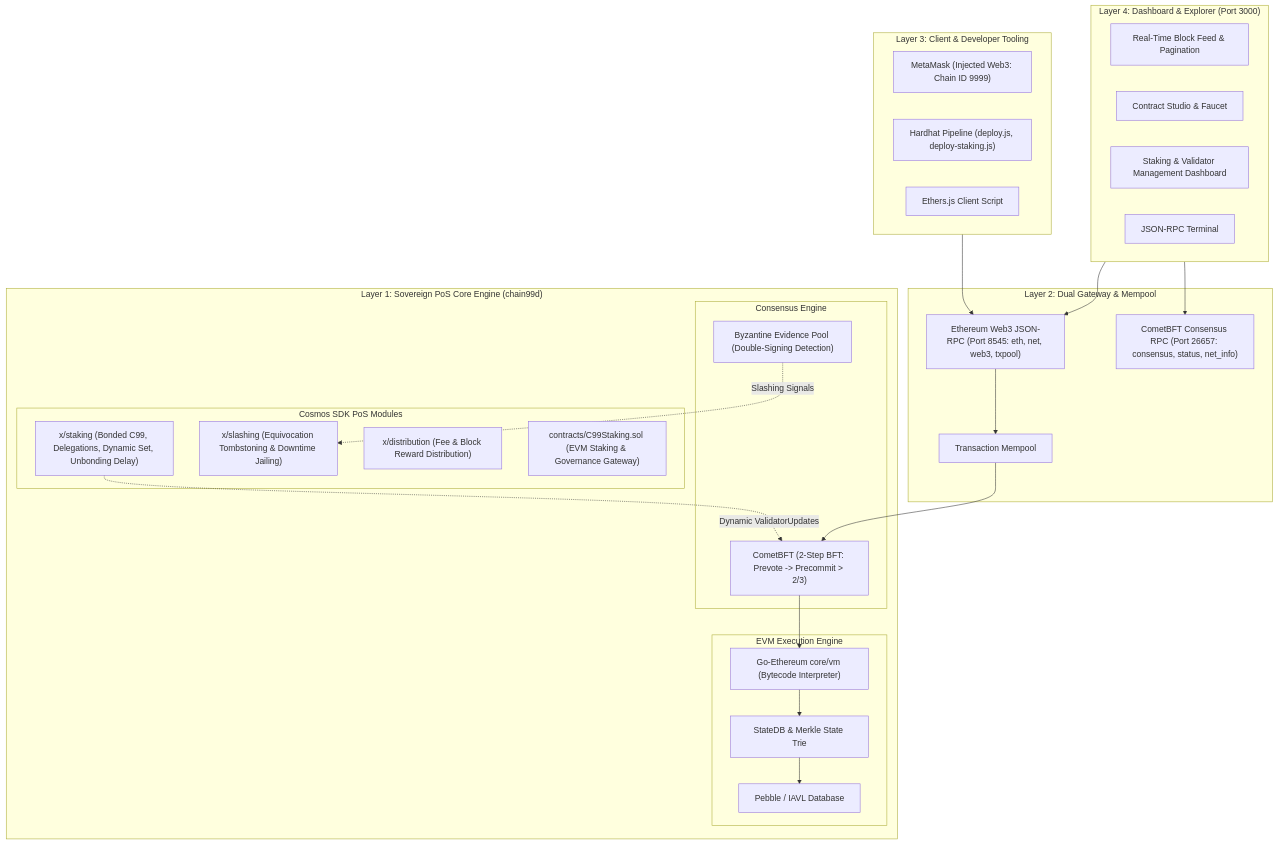
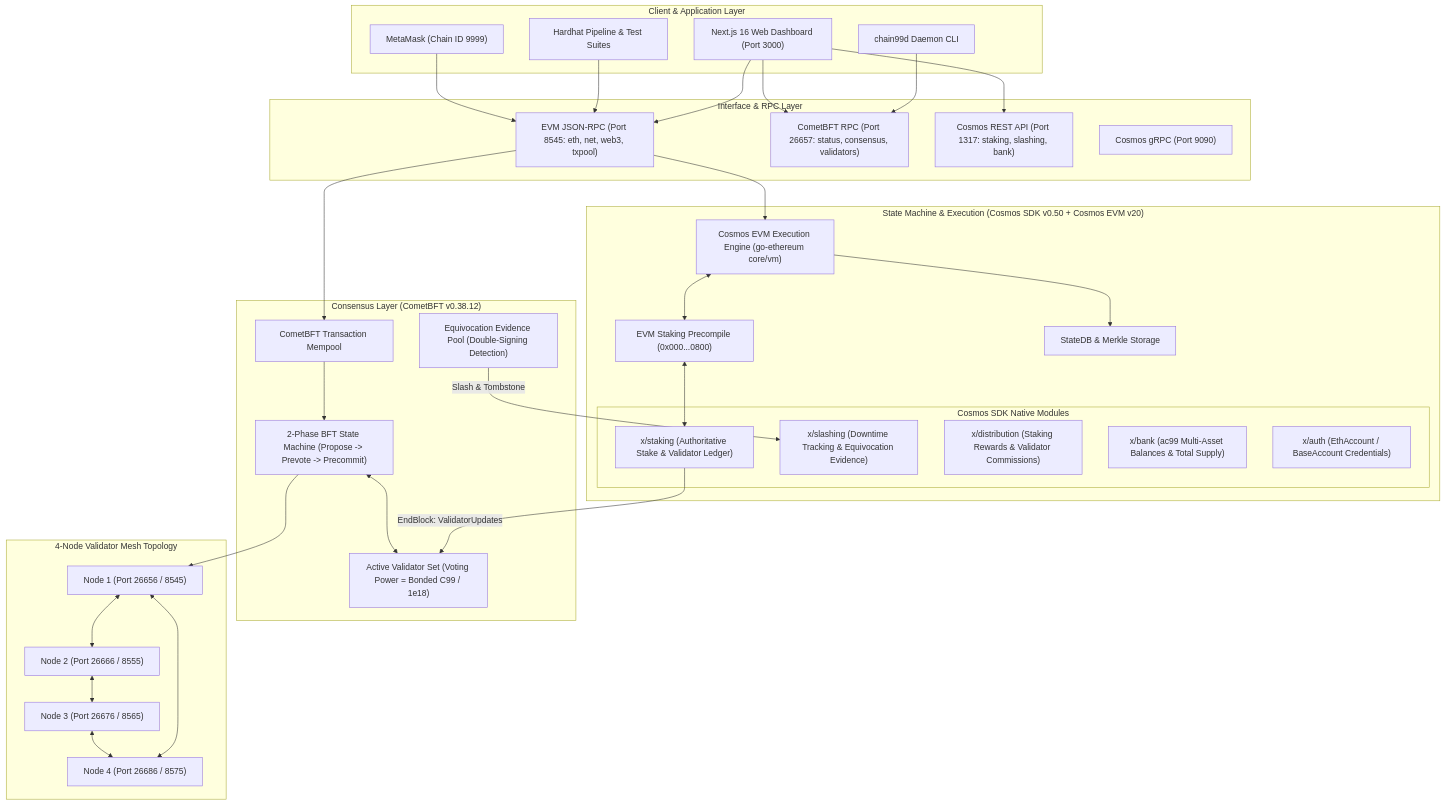
The diagram in ARCHITECTURE.md (mehan05/chain99-L1-chain), drawn with Mermaid before and after one commit. The commit also changed other lines of this file and 47 other files, not shown here.

````diff
--- a/ARCHITECTURE.md
+++ b/ARCHITECTURE.md
@@ -15,50 +17,69 @@
 ```mermaid
 graph TD
-    subgraph UI ["Layer 4: Dashboard & Explorer (Port 3000)"]
-        UI_Feed["Real-Time Block Feed & Pagination"]
-        UI_Studio["Contract Studio & Faucet"]
-        UI_Staking["Staking & Validator Management Dashboard"]
-        UI_RPC["JSON-RPC Terminal"]
+    subgraph UI ["Client & Application Layer"]
+        MM["MetaMask (Chain ID 9999)"]
+        HH["Hardhat Pipeline & Test Suites"]
+        FE["Next.js 16 Web Dashboard (Port 3000)"]
+        CLI["chain99d Daemon CLI"]
     end
 
-    subgraph Client ["Layer 3: Client & Developer Tooling"]
-        MM["MetaMask (Injected Web3: Chain ID 9999)"]
-        HH["Hardhat Pipeline (deploy.js, deploy-staking.js)"]
-        NodeJS["Ethers.js Client Script"]
+    subgraph Gateways ["Interface & RPC Layer"]
+        EVM_RPC["EVM JSON-RPC (Port 8545: eth, net, web3, txpool)"]
+        COMET_RPC["CometBFT RPC (Port 26657: status, consensus, validators)"]
+        COSMOS_REST["Cosmos REST API (Port 1317: staking, slashing, bank)"]
+        GRPC["Cosmos gRPC (Port 9090)"]
     end
 
-    subgraph Gateway ["Layer 2: Dual Gateway & Mempool"]
-        RPC["Ethereum Web3 JSON-RPC (Port 8545: eth, net, web3, txpool)"]
-        CometRPC["CometBFT Consensus RPC (Port 26657: consensus, status, net_info)"]
-        TxPool["Transaction Mempool"]
-    end
-
-    subgraph Core ["Layer 1: Sovereign PoS Core Engine (chain99d)"]
-        subgraph Consensus ["Consensus Engine"]
-            BFT["CometBFT (2-Step BFT: Prevote -> Precommit > 2/3)"]
-            Evidence["Byzantine Evidence Pool (Double-Signing Detection)"]
-        end
-        subgraph PoS_Modules ["Cosmos SDK PoS Modules"]
-            xStaking["x/staking (Bonded C99, Delegations, Dynamic Set, Unbonding Delay)"]
-            xSlashing["x/slashing (Equivocation Tombstoning & Downtime Jailing)"]
-            xDistr["x/distribution (Fee & Block Reward Distribution)"]
-            StakingContract["contracts/C99Staking.sol (EVM Staking & Governance Gateway)"]
-        end
-        subgraph Execution ["EVM Execution Engine"]
-            EVM["Go-Ethereum core/vm (Bytecode Interpreter)"]
-            State["StateDB & Merkle State Trie"]
-            Storage["Pebble / IAVL Database"]
+    subgraph Core ["State Machine & Execution (Cosmos SDK v0.50 + Cosmos EVM v20)"]
+        Precompile["EVM Staking Precompile (0x000...0800)"]
+        EVM_Engine["Cosmos EVM Execution Engine (go-ethereum core/vm)"]
+        StateDB["StateDB & Merkle Storage"]
+        
+        subgraph Cosmos_Modules ["Cosmos SDK Native Modules"]
+            xStaking["x/staking (Authoritative Stake & Validator Ledger)"]
+            xSlashing["x/slashing (Downtime Tracking & Equivocation Evidence)"]
+            xDistr["x/distribution (Staking Rewards & Validator Commissions)"]
+            xBank["x/bank (ac99 Multi-Asset Balances & Total Supply)"]
+            xAuth["x/auth (EthAccount / BaseAccount Credentials)"]
         end
     end
 
-    UI --> RPC
-    UI --> CometRPC
-    Client --> RPC
-    RPC --> TxPool
-    TxPool --> BFT
-    BFT --> EVM
-    EVM --> State
-    State --> Storage
-    xStaking -.->|"Dynamic ValidatorUpdates"| BFT
-    Evidence -.->|"Slashing Signals"| xSlashing
+    subgraph Consensus ["Consensus Layer (CometBFT v0.38.12)"]
+        Mempool["CometBFT Transaction Mempool"]
+        BFT_Round["2-Phase BFT State Machine (Propose -> Prevote -> Precommit)"]
+        EvidencePool["Equivocation Evidence Pool (Double-Signing Detection)"]
+        ValSet["Active Validator Set (Voting Power = Bonded C99 / 1e18)"]
+    end
+
+    subgraph Network ["4-Node Validator Mesh Topology"]
+        Val1["Node 1 (Port 26656 / 8545)"]
+        Val2["Node 2 (Port 26666 / 8555)"]
+        Val3["Node 3 (Port 26676 / 8565)"]
+        Val4["Node 4 (Port 26686 / 8575)"]
+    end
+
+    MM --> EVM_RPC
+    HH --> EVM_RPC
+    FE --> EVM_RPC
+    FE --> COMET_RPC
+    FE --> COSMOS_REST
+    CLI --> COMET_RPC
+
+    EVM_RPC --> EVM_Engine
+    EVM_Engine <--> Precompile
+    Precompile <--> xStaking
+    
+    EVM_Engine --> StateDB
+    EVM_RPC --> Mempool
+    Mempool --> BFT_Round
+    
+    BFT_Round <--> ValSet
+    xStaking -->|"EndBlock: ValidatorUpdates"| ValSet
+    EvidencePool -->|"Slash & Tombstone"| xSlashing
+    
+    BFT_Round --> Val1
+    Val1 <--> Val2
+    Val2 <--> Val3
+    Val3 <--> Val4
+    Val4 <--> Val1
 ```
````
